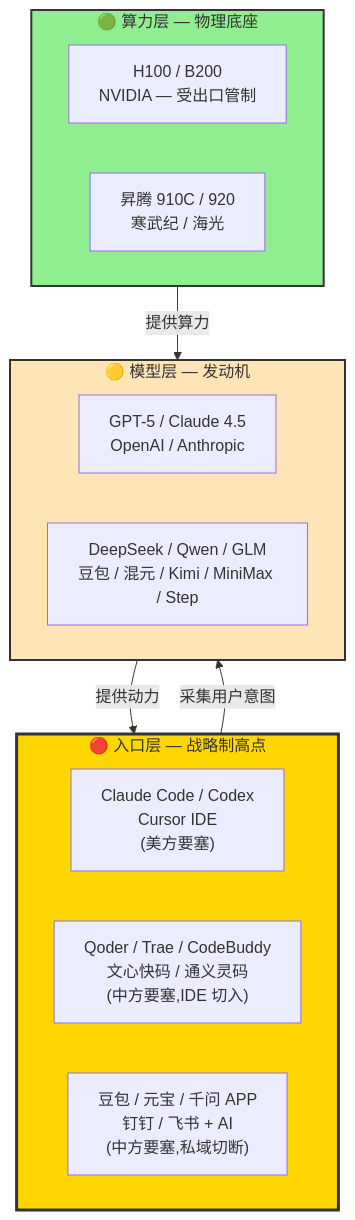
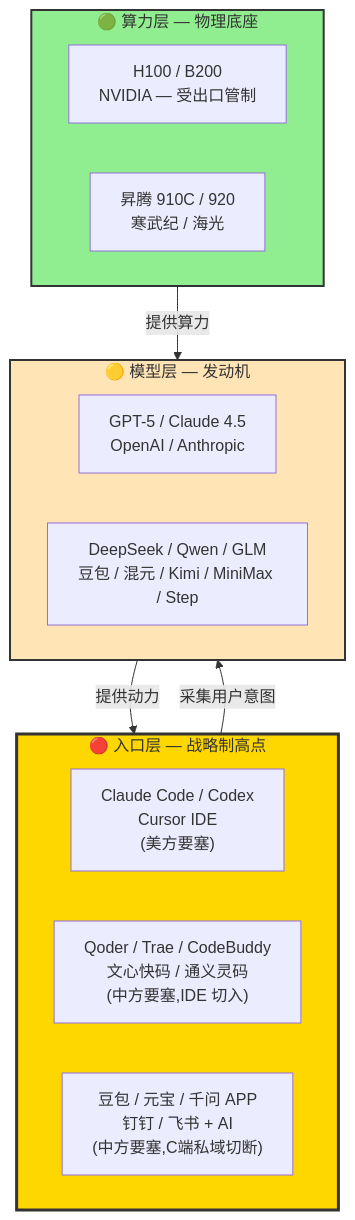
Before and after one commit to goldtoad6/blog-digoal: the first of 3 diagrams in 202607/20260704_01.md, drawn with Mermaid.

````diff
--- a/202607/20260704_01.md
+++ b/202607/20260704_01.md
@@ -69,22 +69,22 @@
 ```mermaid
 graph TB
     subgraph TOP["🔴 入口层 — 战略制高点"]
         E1["Claude Code / Codex<br/>Cursor IDE<br/>(美方要塞)"]
         E2["Qoder / Trae / CodeBuddy<br/>文心快码 / 通义灵码<br/>(中方要塞,IDE 切入)"]
-        E3["豆包 / 元宝 / 千问 APP<br/>钉钉 / 飞书 + AI<br/>(中方要塞,私域切断)"]
+        E3["豆包 / 元宝 / 千问 APP<br/>钉钉 / 飞书 + AI<br/>(中方要塞,C端私域切断)"]
     end
     subgraph MID["🟡 模型层 — 发动机"]
         M1["GPT-5 / Claude 4.5<br/>OpenAI / Anthropic"]
         M2["DeepSeek / Qwen / GLM<br/>豆包 / 混元 / Kimi / MiniMax / Step"]
     end
     subgraph BOTTOM["🟢 算力层 — 物理底座"]
         C1["H100 / B200<br/>NVIDIA — 受出口管制"]
         C2["昇腾 910C / 920<br/>寒武纪 / 海光"]
     end
     MID -->|"提供动力"| TOP
     BOTTOM -->|"提供算力"| MID
     TOP -->|"采集用户意图"| MID
     style TOP fill:#FFD700,stroke:#333,stroke-width:3px
     style MID fill:#FFE4B5,stroke:#333,stroke-width:2px
     style BOTTOM fill:#90EE90,stroke:#333,stroke-width:2px
 ```
````
